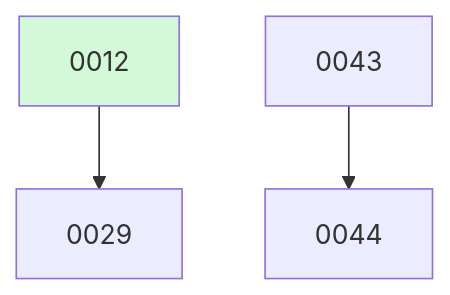
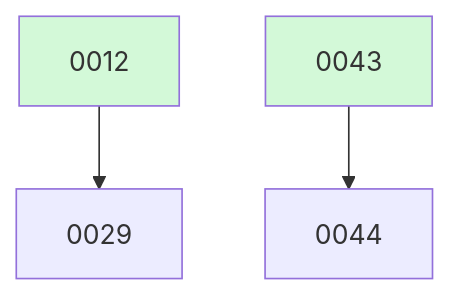
The diagram in docs/changes/BOARD.md (ethanhinson/fuse), drawn with Mermaid before and after one commit. The commit also changed other lines of this file, not shown here.

````diff
--- a/docs/changes/BOARD.md
+++ b/docs/changes/BOARD.md
@@ -23,8 +17,8 @@
 ```mermaid
 graph TD
   0012 --> 0029
-  0043
   0043 --> 0044
   0012:::done
+  0043:::done
   classDef done fill:#d3f9d8;
 ```
````
